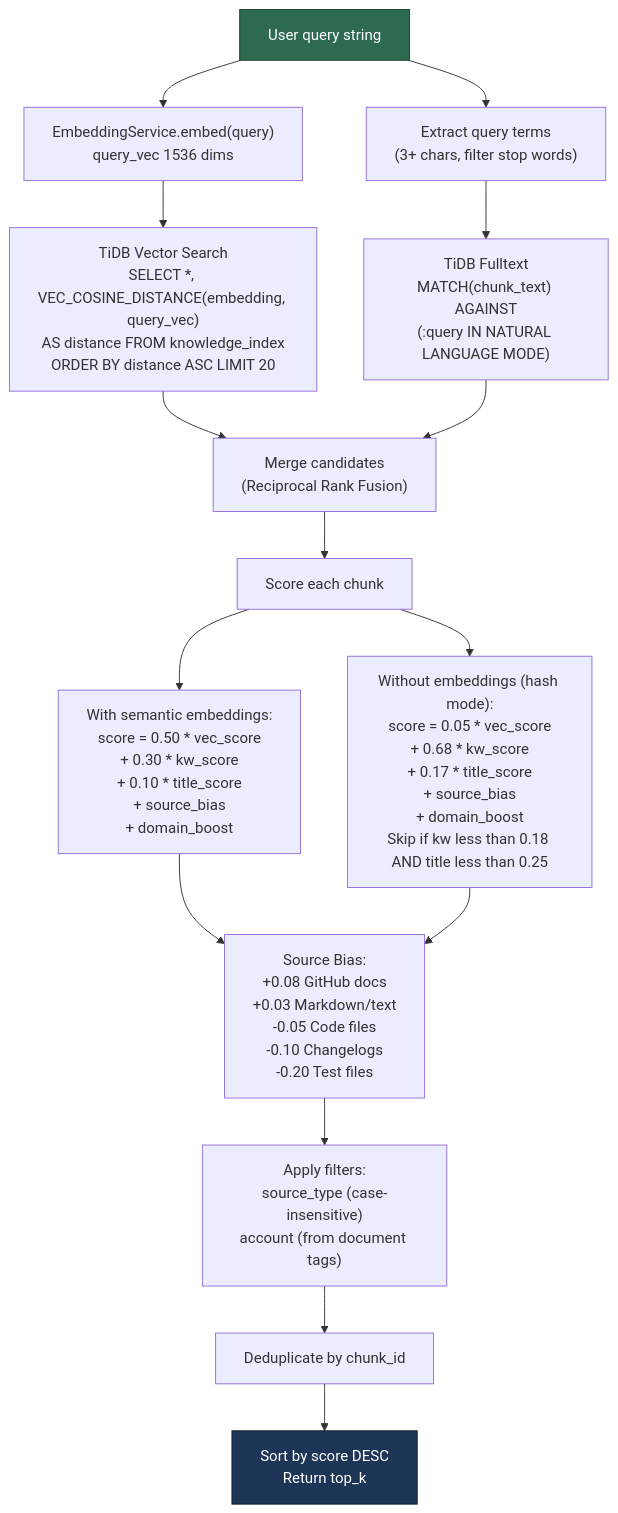
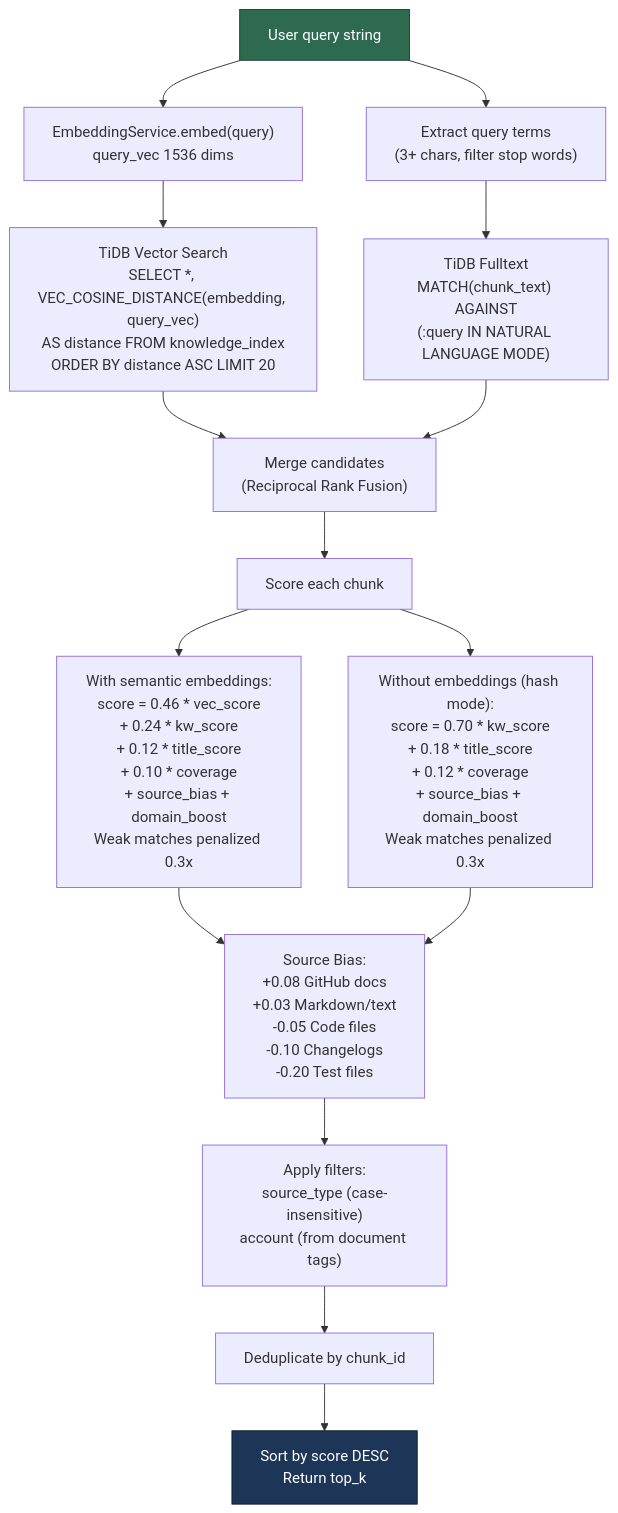
The eighth of 11 diagrams in README.md (stephenlthorn/gtm-copilot-oss), drawn with Mermaid before and after one commit. The commit also changed other lines of this file, not shown here.

````diff
--- a/README.md
+++ b/README.md
@@ -471,31 +467,31 @@
 ```mermaid
 flowchart TB
     QUERY["User query string"]
 
     QUERY --> EMBED_Q["EmbeddingService.embed(query)<br/>query_vec 1536 dims"]
     QUERY --> EXTRACT["Extract query terms<br/>(3+ chars, filter stop words)"]
 
     EMBED_Q --> VEC_TIDB["TiDB Vector Search<br/>SELECT *, VEC_COSINE_DISTANCE(embedding, query_vec)<br/>AS distance FROM knowledge_index<br/>ORDER BY distance ASC LIMIT 20"]
     EXTRACT --> KW_TIDB["TiDB Fulltext<br/>MATCH(chunk_text) AGAINST<br/>(:query IN NATURAL LANGUAGE MODE)"]
 
     VEC_TIDB --> MERGE["Merge candidates<br/>(Reciprocal Rank Fusion)"]
     KW_TIDB --> MERGE
 
     MERGE --> SCORE["Score each chunk"]
 
-    SCORE --> FORMULA["With semantic embeddings:<br/>score = 0.50 * vec_score<br/>+ 0.30 * kw_score<br/>+ 0.10 * title_score<br/>+ source_bias<br/>+ domain_boost"]
+    SCORE --> FORMULA["With semantic embeddings:<br/>score = 0.46 * vec_score<br/>+ 0.24 * kw_score<br/>+ 0.12 * title_score<br/>+ 0.10 * coverage<br/>+ source_bias + domain_boost<br/>Weak matches penalized 0.3x"]
 
-    SCORE --> FORMULA2["Without embeddings (hash mode):<br/>score = 0.05 * vec_score<br/>+ 0.68 * kw_score<br/>+ 0.17 * title_score<br/>+ source_bias<br/>+ domain_boost<br/>Skip if kw less than 0.18 AND title less than 0.25"]
+    SCORE --> FORMULA2["Without embeddings (hash mode):<br/>score = 0.70 * kw_score<br/>+ 0.18 * title_score<br/>+ 0.12 * coverage<br/>+ source_bias + domain_boost<br/>Weak matches penalized 0.3x"]
 
     FORMULA --> BIAS["Source Bias:<br/>+0.08 GitHub docs<br/>+0.03 Markdown/text<br/>-0.05 Code files<br/>-0.10 Changelogs<br/>-0.20 Test files"]
 
     FORMULA2 --> BIAS
 
     BIAS --> FILTER["Apply filters:<br/>source_type (case-insensitive)<br/>account (from document tags)"]
 
     FILTER --> DEDUP["Deduplicate by chunk_id"]
     DEDUP --> SORT["Sort by score DESC<br/>Return top_k"]
 
     style QUERY fill:#2d6a4f,stroke:#1b4332,color:#fff
     style SORT fill:#1d3557,stroke:#0d1b2a,color:#fff
 ```
````
